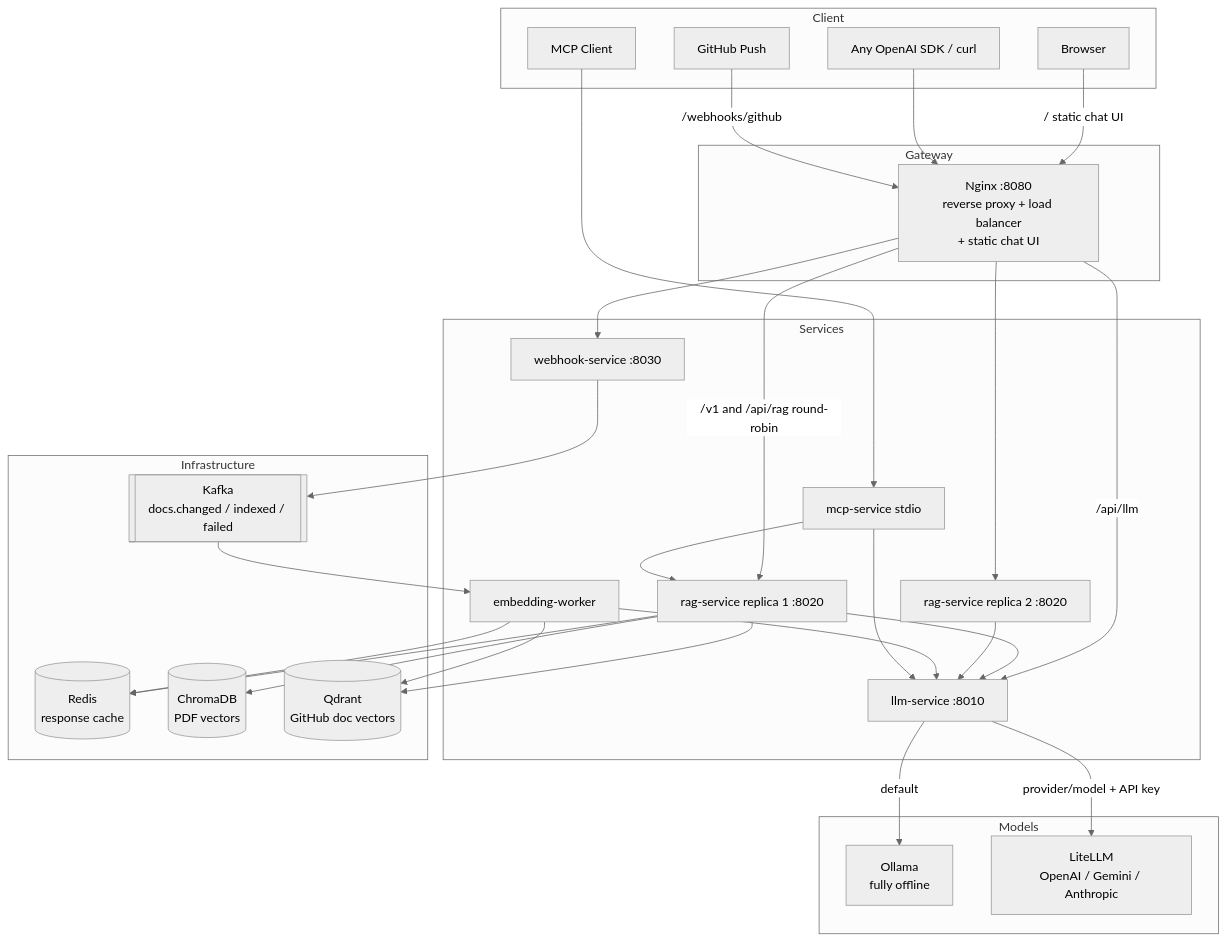
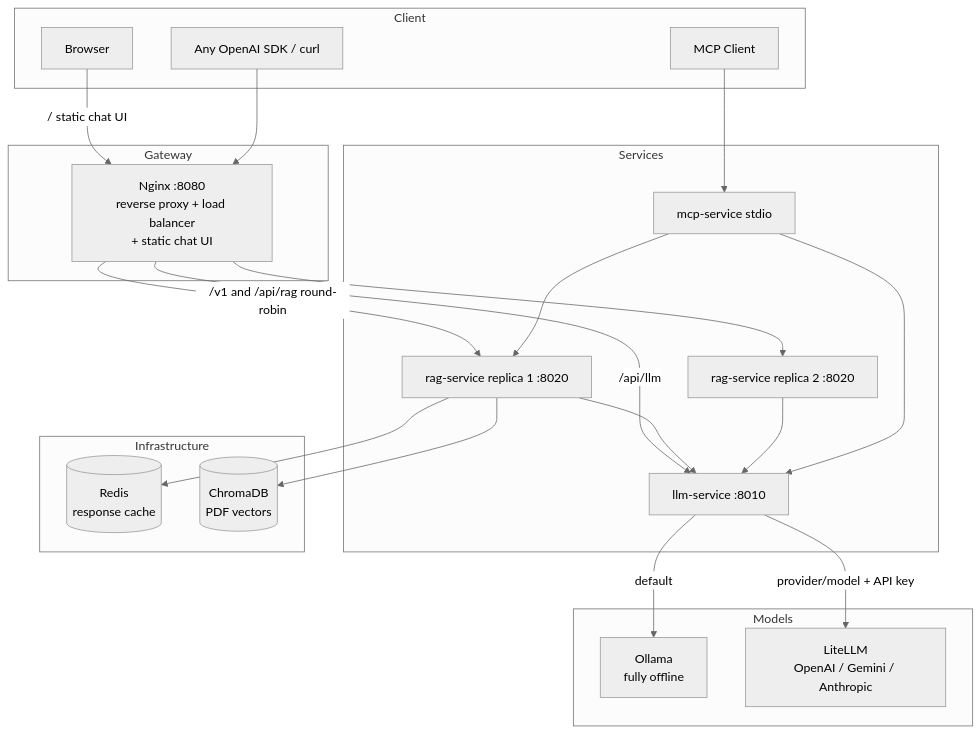
Before and after one commit to sameeralam3127/llm-dev-kit: the first of 2 diagrams in ARCHITECTURE.md, drawn with Mermaid (neutral theme). The commit also changed other lines of this file and 17 other files, not shown here.

Commit message:
Refactor Dockerfile and docker-compose for improved caching and resource management; remove webhook and embedding-worker services; update README and setup documentation; streamline RAG service retrieval logic; enhance web UI with new styles and components.

````diff
--- a/ARCHITECTURE.md
+++ b/ARCHITECTURE.md
@@ -12,57 +12,44 @@
 ```mermaid
 flowchart TB
     subgraph Client
         B[Browser]
-        GH[GitHub Push]
         SDK[Any OpenAI SDK / curl]
         MCPC[MCP Client]
     end
 
     subgraph Gateway
         N[Nginx :8080<br/>reverse proxy + load balancer<br/>+ static chat UI]
     end
 
     subgraph Services
         R1[rag-service replica 1 :8020]
         R2[rag-service replica 2 :8020]
         L[llm-service :8010]
-        W[webhook-service :8030]
-        EW[embedding-worker]
         MCP[mcp-service stdio]
     end
 
     subgraph Infrastructure
         RD[(Redis<br/>response cache)]
         CH[(ChromaDB<br/>PDF vectors)]
-        QD[(Qdrant<br/>GitHub doc vectors)]
-        K[[Kafka<br/>docs.changed / indexed / failed]]
     end
 
     subgraph Models
         OL[Ollama<br/>fully offline]
         LL[LiteLLM<br/>OpenAI / Gemini / Anthropic]
     end
 
     B -->|/ static chat UI| N
     SDK --> N
-    GH -->|/webhooks/github| N
     N -->|/v1 and /api/rag round-robin| R1
     N --> R2
     N -->|/api/llm| L
-    N --> W
     R1 --> RD
     R1 --> CH
-    R1 --> QD
     R1 --> L
     R2 --> L
-    W --> K
-    K --> EW
-    EW --> L
-    EW --> QD
-    EW --> RD
     MCPC --> MCP
     MCP --> R1
     MCP --> L
     L -->|default| OL
     L -->|provider/model + API key| LL
 ```
````
